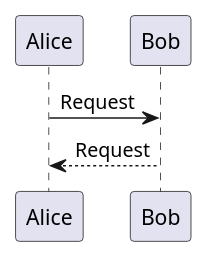
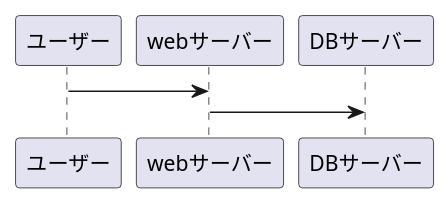
One commit to Aso2001001/2021sys-design changed the diagram in flow.md. Above: the diagram before and after it, drawn with PlantUML.

````diff
--- a/flow.md
+++ b/flow.md
@@ -1,6 +1,6 @@
 ```uml
 @startuml
-Alice -> Bob: Request
-Bob --> Alice: Request
+ユーザー -> webサーバー :
+webサーバー -> DBサーバー :
 @enduml
 ```
````
